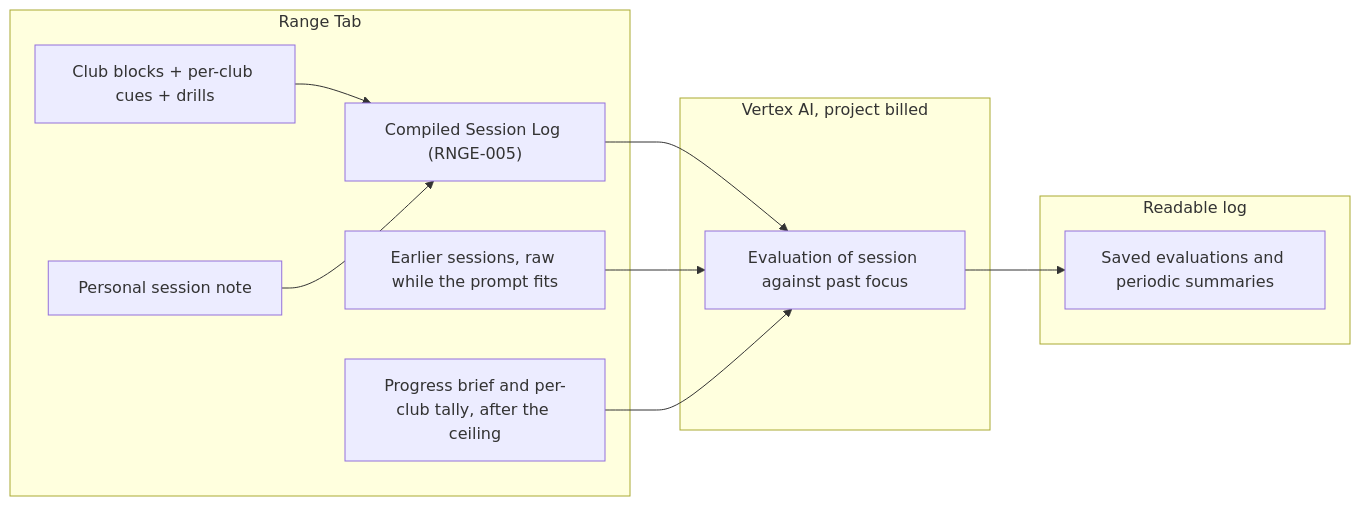
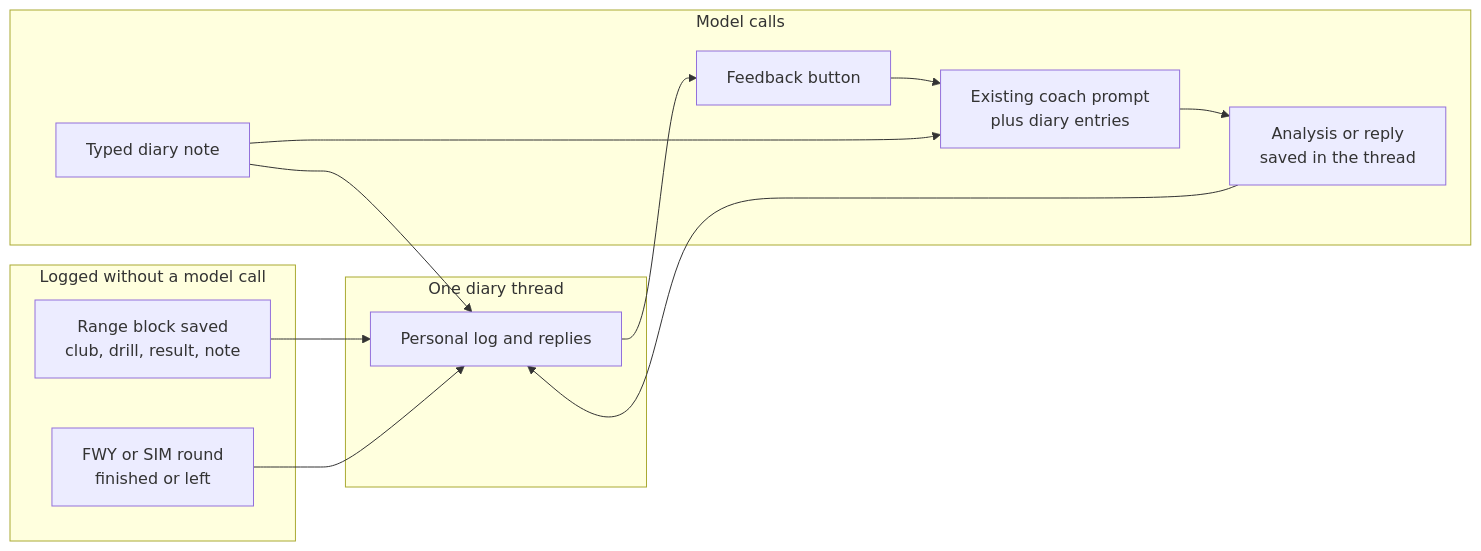
One commit to ograva/My-Golf-Diary changed the diagram in docs/context/PRD.md. Above: the diagram before and after it, drawn with Mermaid. The commit also changed other lines of this file and 2 other files, not shown here.

First line of the commit message:
docs: lock RNGE-004 as one diary thread (#80)

````diff
--- a/docs/context/PRD.md
+++ b/docs/context/PRD.md
@@ -195,22 +198,24 @@
 ```mermaid
 flowchart LR
-  subgraph Range_Tab [Range Tab]
-    Blocks["Club blocks + per-club cues + drills"]
-    SessionNote["Personal session note"]
-    SessionLog["Compiled Session Log (RNGE-005)"]
-    History["Earlier sessions, raw while the prompt fits"]
-    Brief["Progress brief and per-club tally, after the ceiling"]
-    Blocks --> SessionLog
-    SessionNote --> SessionLog
+  subgraph Writes [Logged without a model call]
+    Block["Range block saved\nclub, drill, result, note"]
+    Round["FWY or SIM round\nfinished or left"]
   end
-  subgraph Vertex [Vertex AI, project billed]
-    Eval["Evaluation of session against past focus"]
+  subgraph Thread [One diary thread]
+    Entries["Personal log and replies"]
   end
-  subgraph Log [Readable log]
-    Rows["Saved evaluations and periodic summaries"]
+  subgraph Ask [Model calls]
+    Feedback["Feedback button"]
+    Typed["Typed diary note"]
+    Coach["Existing coach prompt\nplus diary entries"]
+    Reply["Analysis or reply\nsaved in the thread"]
   end
-  SessionLog --> Eval
-  History --> Eval
-  Brief --> Eval
-  Eval --> Rows
+  Block --> Entries
+  Round --> Entries
+  Entries --> Feedback
+  Feedback --> Coach
+  Typed --> Entries
+  Typed --> Coach
+  Coach --> Reply
+  Reply --> Entries
 ```
````
